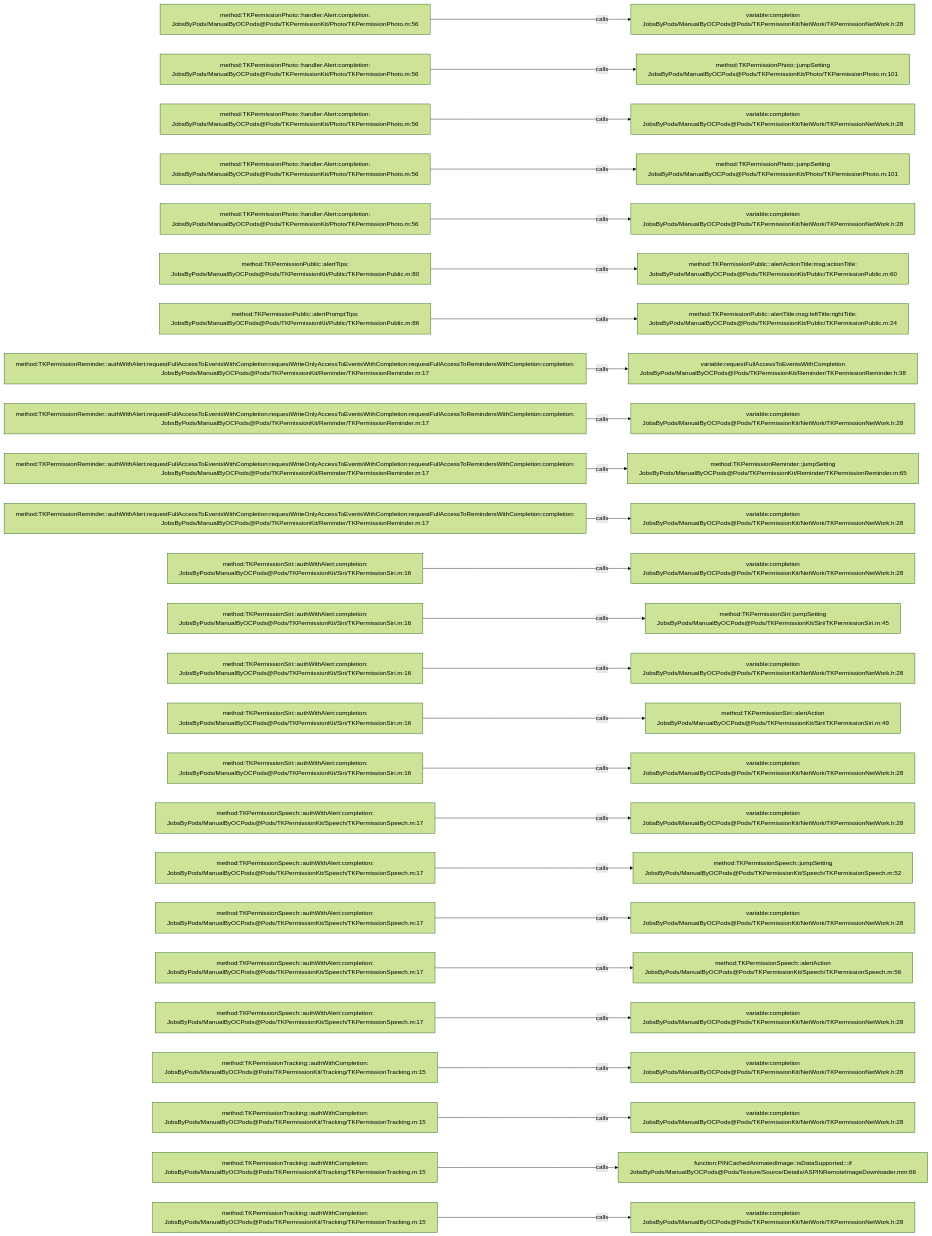
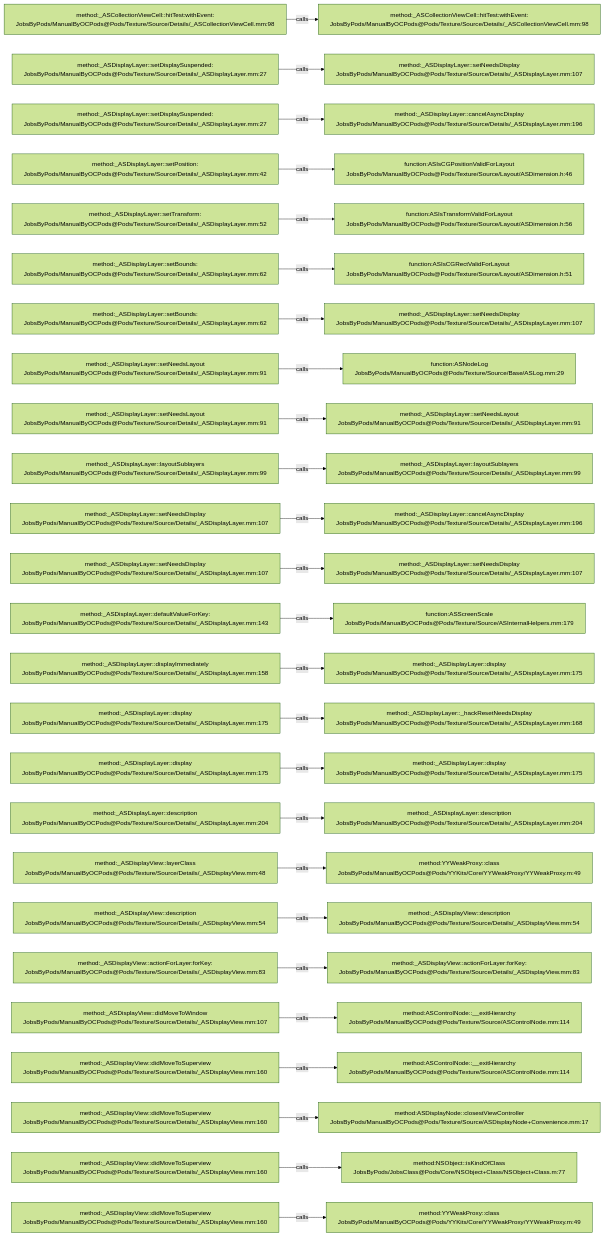
The diagram in .codegraph/codegraph.md/graphs/calls-179.md (JobsKits/JobsOCBaseConfigDemo), drawn with Mermaid (forest theme) before and after one commit. The commit also changed 2162 other files, not shown here.

````diff
--- a/.codegraph/codegraph.md/graphs/calls-179.md
+++ b/.codegraph/codegraph.md/graphs/calls-179.md
@@ -13,78 +13,78 @@
 ```mermaid
 flowchart LR
-  S1["method:TKPermissionPhoto::handler:Alert:completion:<br/>JobsByPods/ManualByOCPods@Pods/TKPermissionKit/Photo/TKPermissionPhoto.m:56"]
-  T1["variable:completion<br/>JobsByPods/ManualByOCPods@Pods/TKPermissionKit/NetWork/TKPermissionNetWork.h:28"]
+  S1["method:_ASCollectionViewCell::hitTest:withEvent:<br/>JobsByPods/ManualByOCPods@Pods/Texture/Source/Details/_ASCollectionViewCell.mm:98"]
+  T1["method:_ASCollectionViewCell::hitTest:withEvent:<br/>JobsByPods/ManualByOCPods@Pods/Texture/Source/Details/_ASCollectionViewCell.mm:98"]
   S1 -->|calls| T1
-  S2["method:TKPermissionPhoto::handler:Alert:completion:<br/>JobsByPods/ManualByOCPods@Pods/TKPermissionKit/Photo/TKPermissionPhoto.m:56"]
-  T2["method:TKPermissionPhoto::jumpSetting<br/>JobsByPods/ManualByOCPods@Pods/TKPermissionKit/Photo/TKPermissionPhoto.m:101"]
+  S2["method:_ASDisplayLayer::setDisplaySuspended:<br/>JobsByPods/ManualByOCPods@Pods/Texture/Source/Details/_ASDisplayLayer.mm:27"]
+  T2["method:_ASDisplayLayer::setNeedsDisplay<br/>JobsByPods/ManualByOCPods@Pods/Texture/Source/Details/_ASDisplayLayer.mm:107"]
   S2 -->|calls| T2
-  S3["method:TKPermissionPhoto::handler:Alert:completion:<br/>JobsByPods/ManualByOCPods@Pods/TKPermissionKit/Photo/TKPermissionPhoto.m:56"]
-  T3["variable:completion<br/>JobsByPods/ManualByOCPods@Pods/TKPermissionKit/NetWork/TKPermissionNetWork.h:28"]
+  S3["method:_ASDisplayLayer::setDisplaySuspended:<br/>JobsByPods/ManualByOCPods@Pods/Texture/Source/Details/_ASDisplayLayer.mm:27"]
+  T3["method:_ASDisplayLayer::cancelAsyncDisplay<br/>JobsByPods/ManualByOCPods@Pods/Texture/Source/Details/_ASDisplayLayer.mm:196"]
   S3 -->|calls| T3
-  S4["method:TKPermissionPhoto::handler:Alert:completion:<br/>JobsByPods/ManualByOCPods@Pods/TKPermissionKit/Photo/TKPermissionPhoto.m:56"]
-  T4["method:TKPermissionPhoto::jumpSetting<br/>JobsByPods/ManualByOCPods@Pods/TKPermissionKit/Photo/TKPermissionPhoto.m:101"]
+  S4["method:_ASDisplayLayer::setPosition:<br/>JobsByPods/ManualByOCPods@Pods/Texture/Source/Details/_ASDisplayLayer.mm:42"]
+  T4["function:ASIsCGPositionValidForLayout<br/>JobsByPods/ManualByOCPods@Pods/Texture/Source/Layout/ASDimension.h:46"]
   S4 -->|calls| T4
-  S5["method:TKPermissionPhoto::handler:Alert:completion:<br/>JobsByPods/ManualByOCPods@Pods/TKPermissionKit/Photo/TKPermissionPhoto.m:56"]
-  T5["variable:completion<br/>JobsByPods/ManualByOCPods@Pods/TKPermissionKit/NetWork/TKPermissionNetWork.h:28"]
+  S5["method:_ASDisplayLayer::setTransform:<br/>JobsByPods/ManualByOCPods@Pods/Texture/Source/Details/_ASDisplayLayer.mm:52"]
+  T5["function:ASIsTransformValidForLayout<br/>JobsByPods/ManualByOCPods@Pods/Texture/Source/Layout/ASDimension.h:56"]
   S5 -->|calls| T5
-  S6["method:TKPermissionPublic::alertTips:<br/>JobsByPods/ManualByOCPods@Pods/TKPermissionKit/Public/TKPermissionPublic.m:80"]
-  T6["method:TKPermissionPublic::alertActionTitle:msg:actionTitle:<br/>JobsByPods/ManualByOCPods@Pods/TKPermissionKit/Public/TKPermissionPublic.m:60"]
+  S6["method:_ASDisplayLayer::setBounds:<br/>JobsByPods/ManualByOCPods@Pods/Texture/Source/Details/_ASDisplayLayer.mm:62"]
+  T6["function:ASIsCGRectValidForLayout<br/>JobsByPods/ManualByOCPods@Pods/Texture/Source/Layout/ASDimension.h:51"]
   S6 -->|calls| T6
-  S7["method:TKPermissionPublic::alertPromptTips:<br/>JobsByPods/ManualByOCPods@Pods/TKPermissionKit/Public/TKPermissionPublic.m:86"]
-  T7["method:TKPermissionPublic::alertTitle:msg:leftTitle:rightTitle:<br/>JobsByPods/ManualByOCPods@Pods/TKPermissionKit/Public/TKPermissionPublic.m:24"]
+  S7["method:_ASDisplayLayer::setBounds:<br/>JobsByPods/ManualByOCPods@Pods/Texture/Source/Details/_ASDisplayLayer.mm:62"]
+  T7["method:_ASDisplayLayer::setNeedsDisplay<br/>JobsByPods/ManualByOCPods@Pods/Texture/Source/Details/_ASDisplayLayer.mm:107"]
   S7 -->|calls| T7
-  S8["method:TKPermissionReminder::authWithAlert:requestFullAccessToEventsWithCompletion:requestWriteOnlyAccessToEventsWithCompletion:requestFullAccessToRemindersWithCompletion:completion:<br/>JobsByPods/ManualByOCPods@Pods/TKPermissionKit/Reminder/TKPermissionReminder.m:17"]
-  T8["variable:requestFullAccessToEventsWithCompletion<br/>JobsByPods/ManualByOCPods@Pods/TKPermissionKit/Reminder/TKPermissionReminder.h:38"]
+  S8["method:_ASDisplayLayer::setNeedsLayout<br/>JobsByPods/ManualByOCPods@Pods/Texture/Source/Details/_ASDisplayLayer.mm:91"]
+  T8["function:ASNodeLog<br/>JobsByPods/ManualByOCPods@Pods/Texture/Source/Base/ASLog.mm:29"]
   S8 -->|calls| T8
-  S9["method:TKPermissionReminder::authWithAlert:requestFullAccessToEventsWithCompletion:requestWriteOnlyAccessToEventsWithCompletion:requestFullAccessToRemindersWithCompletion:completion:<br/>JobsByPods/ManualByOCPods@Pods/TKPermissionKit/Reminder/TKPermissionReminder.m:17"]
-  T9["variable:completion<br/>JobsByPods/ManualByOCPods@Pods/TKPermissionKit/NetWork/TKPermissionNetWork.h:28"]
+  S9["method:_ASDisplayLayer::setNeedsLayout<br/>JobsByPods/ManualByOCPods@Pods/Texture/Source/Details/_ASDisplayLayer.mm:91"]
+  T9["method:_ASDisplayLayer::setNeedsLayout<br/>JobsByPods/ManualByOCPods@Pods/Texture/Source/Details/_ASDisplayLayer.mm:91"]
   S9 -->|calls| T9
-  S10["method:TKPermissionReminder::authWithAlert:requestFullAccessToEventsWithCompletion:requestWriteOnlyAccessToEventsWithCompletion:requestFullAccessToRemindersWithCompletion:completion:<br/>JobsByPods/ManualByOCPods@Pods/TKPermissionKit/Reminder/TKPermissionReminder.m:17"]
-  T10["method:TKPermissionReminder::jumpSetting<br/>JobsByPods/ManualByOCPods@Pods/TKPermissionKit/Reminder/TKPermissionReminder.m:65"]
+  S10["method:_ASDisplayLayer::layoutSublayers<br/>JobsByPods/ManualByOCPods@Pods/Texture/Source/Details/_ASDisplayLayer.mm:99"]
+  T10["method:_ASDisplayLayer::layoutSublayers<br/>JobsByPods/ManualByOCPods@Pods/Texture/Source/Details/_ASDisplayLayer.mm:99"]
   S10 -->|calls| T10
-  S11["method:TKPermissionReminder::authWithAlert:requestFullAccessToEventsWithCompletion:requestWriteOnlyAccessToEventsWithCompletion:requestFullAccessToRemindersWithCompletion:completion:<br/>JobsByPods/ManualByOCPods@Pods/TKPermissionKit/Reminder/TKPermissionReminder.m:17"]
-  T11["variable:completion<br/>JobsByPods/ManualByOCPods@Pods/TKPermissionKit/NetWork/TKPermissionNetWork.h:28"]
+  S11["method:_ASDisplayLayer::setNeedsDisplay<br/>JobsByPods/ManualByOCPods@Pods/Texture/Source/Details/_ASDisplayLayer.mm:107"]
+  T11["method:_ASDisplayLayer::cancelAsyncDisplay<br/>JobsByPods/ManualByOCPods@Pods/Texture/Source/Details/_ASDisplayLayer.mm:196"]
   S11 -->|calls| T11
-  S12["method:TKPermissionSiri::authWithAlert:completion:<br/>JobsByPods/ManualByOCPods@Pods/TKPermissionKit/Siri/TKPermissionSiri.m:16"]
-  T12["variable:completion<br/>JobsByPods/ManualByOCPods@Pods/TKPermissionKit/NetWork/TKPermissionNetWork.h:28"]
+  S12["method:_ASDisplayLayer::setNeedsDisplay<br/>JobsByPods/ManualByOCPods@Pods/Texture/Source/Details/_ASDisplayLayer.mm:107"]
+  T12["method:_ASDisplayLayer::setNeedsDisplay<br/>JobsByPods/ManualByOCPods@Pods/Texture/Source/Details/_ASDisplayLayer.mm:107"]
   S12 -->|calls| T12
-  S13["method:TKPermissionSiri::authWithAlert:completion:<br/>JobsByPods/ManualByOCPods@Pods/TKPermissionKit/Siri/TKPermissionSiri.m:16"]
-  T13["method:TKPermissionSiri::jumpSetting<br/>JobsByPods/ManualByOCPods@Pods/TKPermissionKit/Siri/TKPermissionSiri.m:45"]
+  S13["method:_ASDisplayLayer::defaultValueForKey:<br/>JobsByPods/ManualByOCPods@Pods/Texture/Source/Details/_ASDisplayLayer.mm:143"]
+  T13["function:ASScreenScale<br/>JobsByPods/ManualByOCPods@Pods/Texture/Source/ASInternalHelpers.mm:179"]
   S13 -->|calls| T13
-  S14["method:TKPermissionSiri::authWithAlert:completion:<br/>JobsByPods/ManualByOCPods@Pods/TKPermissionKit/Siri/TKPermissionSiri.m:16"]
-  T14["variable:completion<br/>JobsByPods/ManualByOCPods@Pods/TKPermissionKit/NetWork/TKPermissionNetWork.h:28"]
+  S14["method:_ASDisplayLayer::displayImmediately<br/>JobsByPods/ManualByOCPods@Pods/Texture/Source/Details/_ASDisplayLayer.mm:158"]
+  T14["method:_ASDisplayLayer::display<br/>JobsByPods/ManualByOCPods@Pods/Texture/Source/Details/_ASDisplayLayer.mm:175"]
   S14 -->|calls| T14
-  S15["method:TKPermissionSiri::authWithAlert:completion:<br/>JobsByPods/ManualByOCPods@Pods/TKPermissionKit/Siri/TKPermissionSiri.m:16"]
-  T15["method:TKPermissionSiri::alertAction<br/>JobsByPods/ManualByOCPods@Pods/TKPermissionKit/Siri/TKPermissionSiri.m:49"]
+  S15["method:_ASDisplayLayer::display<br/>JobsByPods/ManualByOCPods@Pods/Texture/Source/Details/_ASDisplayLayer.mm:175"]
+  T15["method:_ASDisplayLayer::_hackResetNeedsDisplay<br/>JobsByPods/ManualByOCPods@Pods/Texture/Source/Details/_ASDisplayLayer.mm:168"]
   S15 -->|calls| T15
-  S16["method:TKPermissionSiri::authWithAlert:completion:<br/>JobsByPods/ManualByOCPods@Pods/TKPermissionKit/Siri/TKPermissionSiri.m:16"]
-  T16["variable:completion<br/>JobsByPods/ManualByOCPods@Pods/TKPermissionKit/NetWork/TKPermissionNetWork.h:28"]
+  S16["method:_ASDisplayLayer::display<br/>JobsByPods/ManualByOCPods@Pods/Texture/Source/Details/_ASDisplayLayer.mm:175"]
+  T16["method:_ASDisplayLayer::display<br/>JobsByPods/ManualByOCPods@Pods/Texture/Source/Details/_ASDisplayLayer.mm:175"]
   S16 -->|calls| T16
-  S17["method:TKPermissionSpeech::authWithAlert:completion:<br/>JobsByPods/ManualByOCPods@Pods/TKPermissionKit/Speech/TKPermissionSpeech.m:17"]
-  T17["variable:completion<br/>JobsByPods/ManualByOCPods@Pods/TKPermissionKit/NetWork/TKPermissionNetWork.h:28"]
+  S17["method:_ASDisplayLayer::description<br/>JobsByPods/ManualByOCPods@Pods/Texture/Source/Details/_ASDisplayLayer.mm:204"]
+  T17["method:_ASDisplayLayer::description<br/>JobsByPods/ManualByOCPods@Pods/Texture/Source/Details/_ASDisplayLayer.mm:204"]
   S17 -->|calls| T17
-  S18["method:TKPermissionSpeech::authWithAlert:completion:<br/>JobsByPods/ManualByOCPods@Pods/TKPermissionKit/Speech/TKPermissionSpeech.m:17"]
-  T18["method:TKPermissionSpeech::jumpSetting<br/>JobsByPods/ManualByOCPods@Pods/TKPermissionKit/Speech/TKPermissionSpeech.m:52"]
+  S18["method:_ASDisplayView::layerClass<br/>JobsByPods/ManualByOCPods@Pods/Texture/Source/Details/_ASDisplayView.mm:48"]
+  T18["method:YYWeakProxy::class<br/>JobsByPods/ManualByOCPods@Pods/YYKits/Core/YYWeakProxy/YYWeakProxy.m:49"]
   S18 -->|calls| T18
-  S19["method:TKPermissionSpeech::authWithAlert:completion:<br/>JobsByPods/ManualByOCPods@Pods/TKPermissionKit/Speech/TKPermissionSpeech.m:17"]
-  T19["variable:completion<br/>JobsByPods/ManualByOCPods@Pods/TKPermissionKit/NetWork/TKPermissionNetWork.h:28"]
+  S19["method:_ASDisplayView::description<br/>JobsByPods/ManualByOCPods@Pods/Texture/Source/Details/_ASDisplayView.mm:54"]
+  T19["method:_ASDisplayView::description<br/>JobsByPods/ManualByOCPods@Pods/Texture/Source/Details/_ASDisplayView.mm:54"]
   S19 -->|calls| T19
-  S20["method:TKPermissionSpeech::authWithAlert:completion:<br/>JobsByPods/ManualByOCPods@Pods/TKPermissionKit/Speech/TKPermissionSpeech.m:17"]
-  T20["method:TKPermissionSpeech::alertAction<br/>JobsByPods/ManualByOCPods@Pods/TKPermissionKit/Speech/TKPermissionSpeech.m:56"]
+  S20["method:_ASDisplayView::actionForLayer:forKey:<br/>JobsByPods/ManualByOCPods@Pods/Texture/Source/Details/_ASDisplayView.mm:83"]
+  T20["method:_ASDisplayView::actionForLayer:forKey:<br/>JobsByPods/ManualByOCPods@Pods/Texture/Source/Details/_ASDisplayView.mm:83"]
   S20 -->|calls| T20
-  S21["method:TKPermissionSpeech::authWithAlert:completion:<br/>JobsByPods/ManualByOCPods@Pods/TKPermissionKit/Speech/TKPermissionSpeech.m:17"]
-  T21["variable:completion<br/>JobsByPods/ManualByOCPods@Pods/TKPermissionKit/NetWork/TKPermissionNetWork.h:28"]
+  S21["method:_ASDisplayView::didMoveToWindow<br/>JobsByPods/ManualByOCPods@Pods/Texture/Source/Details/_ASDisplayView.mm:107"]
+  T21["method:ASControlNode::__exitHierarchy<br/>JobsByPods/ManualByOCPods@Pods/Texture/Source/ASControlNode.mm:114"]
   S21 -->|calls| T21
-  S22["method:TKPermissionTracking::authWithCompletion:<br/>JobsByPods/ManualByOCPods@Pods/TKPermissionKit/Tracking/TKPermissionTracking.m:15"]
-  T22["variable:completion<br/>JobsByPods/ManualByOCPods@Pods/TKPermissionKit/NetWork/TKPermissionNetWork.h:28"]
+  S22["method:_ASDisplayView::didMoveToSuperview<br/>JobsByPods/ManualByOCPods@Pods/Texture/Source/Details/_ASDisplayView.mm:160"]
+  T22["method:ASControlNode::__exitHierarchy<br/>JobsByPods/ManualByOCPods@Pods/Texture/Source/ASControlNode.mm:114"]
   S22 -->|calls| T22
-  S23["method:TKPermissionTracking::authWithCompletion:<br/>JobsByPods/ManualByOCPods@Pods/TKPermissionKit/Tracking/TKPermissionTracking.m:15"]
-  T23["variable:completion<br/>JobsByPods/ManualByOCPods@Pods/TKPermissionKit/NetWork/TKPermissionNetWork.h:28"]
+  S23["method:_ASDisplayView::didMoveToSuperview<br/>JobsByPods/ManualByOCPods@Pods/Texture/Source/Details/_ASDisplayView.mm:160"]
+  T23["method:ASDisplayNode::closestViewController<br/>JobsByPods/ManualByOCPods@Pods/Texture/Source/ASDisplayNode+Convenience.mm:17"]
   S23 -->|calls| T23
-  S24["method:TKPermissionTracking::authWithCompletion:<br/>JobsByPods/ManualByOCPods@Pods/TKPermissionKit/Tracking/TKPermissionTracking.m:15"]
-  T24["function:PINCachedAnimatedImage::isDataSupported:::if<br/>JobsByPods/ManualByOCPods@Pods/Texture/Source/Details/ASPINRemoteImageDownloader.mm:66"]
+  S24["method:_ASDisplayView::didMoveToSuperview<br/>JobsByPods/ManualByOCPods@Pods/Texture/Source/Details/_ASDisplayView.mm:160"]
+  T24["method:NSObject::isKindOfClass<br/>JobsByPods/JobsClass@Pods/Core/NSObject+Class/NSObject+Class.m:77"]
   S24 -->|calls| T24
-  S25["method:TKPermissionTracking::authWithCompletion:<br/>JobsByPods/ManualByOCPods@Pods/TKPermissionKit/Tracking/TKPermissionTracking.m:15"]
-  T25["variable:completion<br/>JobsByPods/ManualByOCPods@Pods/TKPermissionKit/NetWork/TKPermissionNetWork.h:28"]
+  S25["method:_ASDisplayView::didMoveToSuperview<br/>JobsByPods/ManualByOCPods@Pods/Texture/Source/Details/_ASDisplayView.mm:160"]
+  T25["method:YYWeakProxy::class<br/>JobsByPods/ManualByOCPods@Pods/YYKits/Core/YYWeakProxy/YYWeakProxy.m:49"]
   S25 -->|calls| T25
 ```
````
